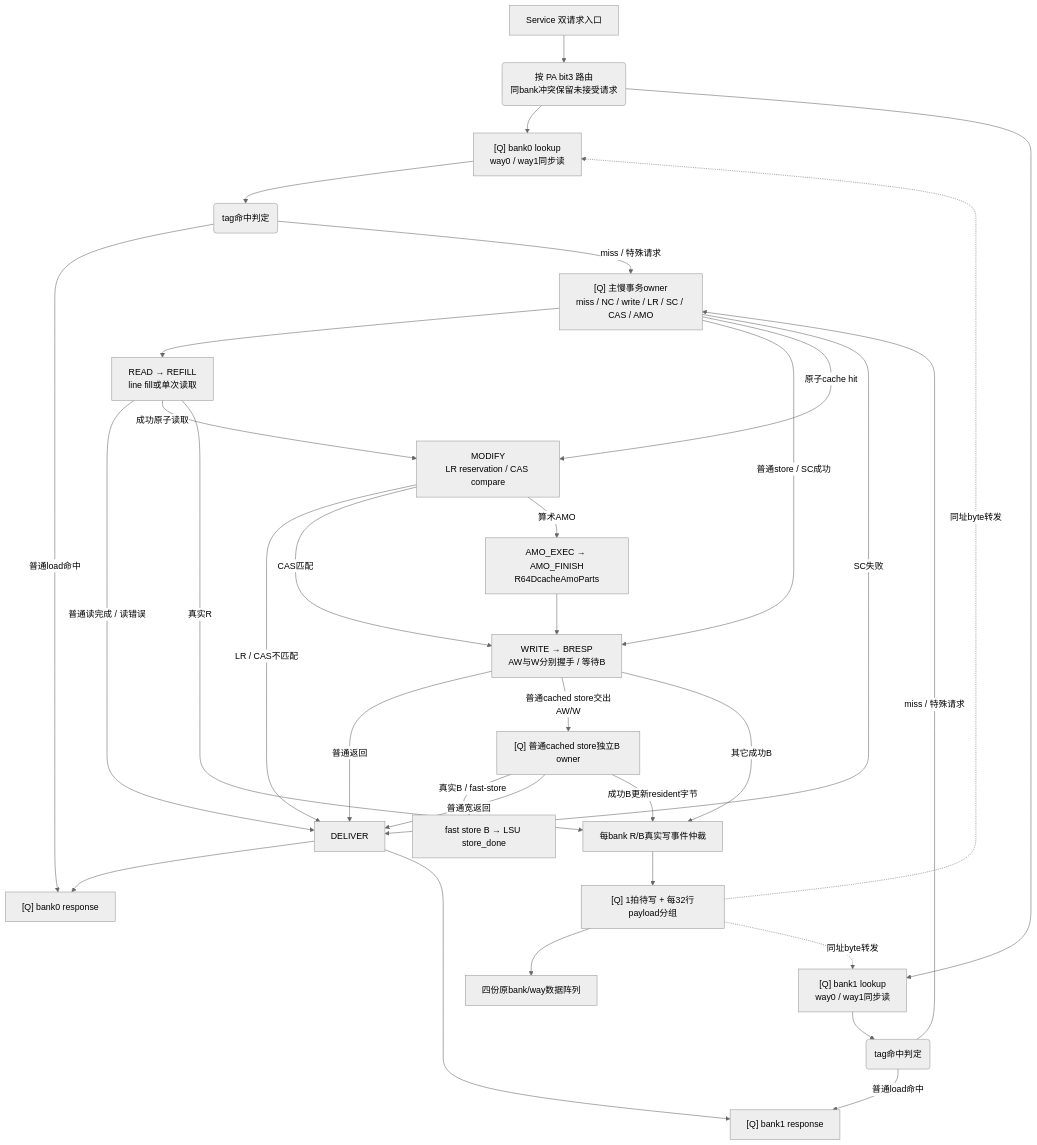
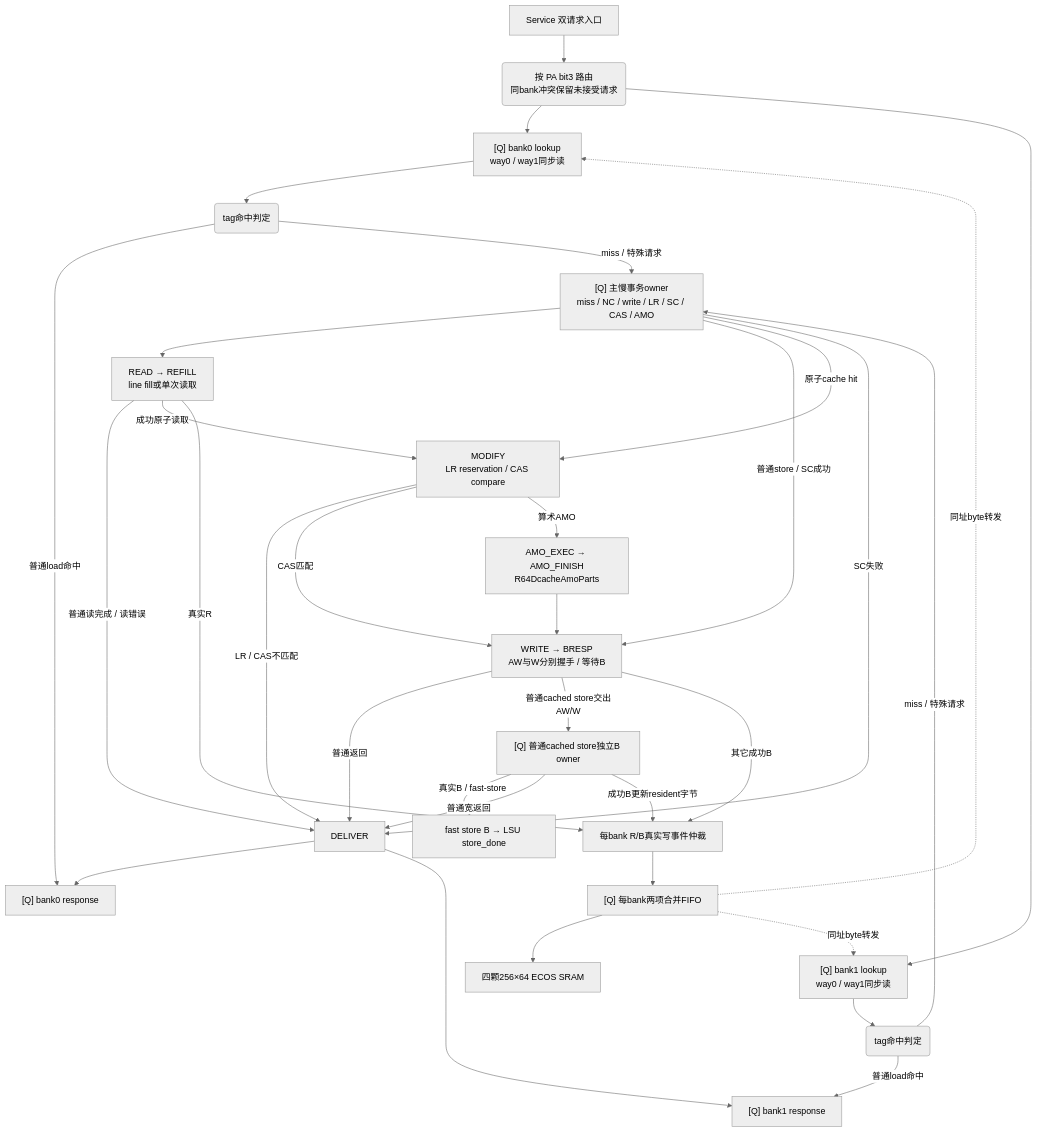
One commit to mcsaver/oscpu changed the fifth of 5 diagrams in npc/rv64/vsrc/lsu/TOPOLOGY.md. Above: the diagram before and after it, drawn with Mermaid (neutral theme). The commit also changed other lines of this file and 48 other files, not shown here.

First line of the commit message:
feat(rv64): map caches to ECOS SRAM and establish 500MHz experiments

````diff
--- a/npc/rv64/vsrc/lsu/TOPOLOGY.md
+++ b/npc/rv64/vsrc/lsu/TOPOLOGY.md
@@ -404,49 +404,49 @@
 ```mermaid
 flowchart TB
   IN["Service 双请求入口"]
   ROUTE("按 PA bit3 路由<br/>同bank冲突保留未接受请求")
   B0["[Q] bank0 lookup<br/>way0 / way1同步读"]
   B1["[Q] bank1 lookup<br/>way0 / way1同步读"]
   H0("tag命中判定")
   H1("tag命中判定")
   O0["[Q] bank0 response"]
   O1["[Q] bank1 response"]
   SLOW["[Q] 主慢事务owner<br/>miss / NC / write / LR / SC / CAS / AMO"]
   RD["READ → REFILL<br/>line fill或单次读取"]
   MOD["MODIFY<br/>LR reservation / CAS compare"]
   AMO["AMO_EXEC → AMO_FINISH<br/>R64DcacheAmoParts"]
   WR["WRITE → BRESP<br/>AW与W分别握手 / 等待B"]
   DEL["DELIVER"]
   FAST["fast store B → LSU store_done"]
   SB["[Q] 普通cached store独立B owner"]
   WP["每bank R/B真实写事件仲裁"]
-  PEND["[Q] 1拍待写 + 每32行payload分组"]
-  ARRAY["四份原bank/way数据阵列"]
+  PEND["[Q] 每bank两项合并FIFO"]
+  ARRAY["四颗256×64 ECOS SRAM"]
 
   IN --> ROUTE
   ROUTE --> B0 --> H0 -->|"普通load命中"| O0
   ROUTE --> B1 --> H1 -->|"普通load命中"| O1
   H0 -->|"miss / 特殊请求"| SLOW
   H1 -->|"miss / 特殊请求"| SLOW
   SLOW --> RD
   SLOW -->|"普通store / SC成功"| WR
   SLOW -->|"原子cache hit"| MOD
   SLOW -->|"SC失败"| DEL
   RD -->|"普通读完成 / 读错误"| DEL
   RD -->|"成功原子读取"| MOD
   MOD -->|"LR / CAS不匹配"| DEL
   MOD -->|"CAS匹配"| WR
   MOD -->|"算术AMO"| AMO --> WR
   WR -->|"普通返回"| DEL
   WR -->|"普通cached store交出AW/W"| SB
   SB -->|"真实B / fast-store"| FAST
   SB -->|"普通宽返回"| DEL
   RD -->|"真实R"| WP
   SB -->|"成功B更新resident字节"| WP
   WR -->|"其它成功B"| WP
   WP --> PEND --> ARRAY
   PEND -. "同址byte转发" .-> B0
   PEND -. "同址byte转发" .-> B1
   DEL --> O0
   DEL --> O1
 ```
````
